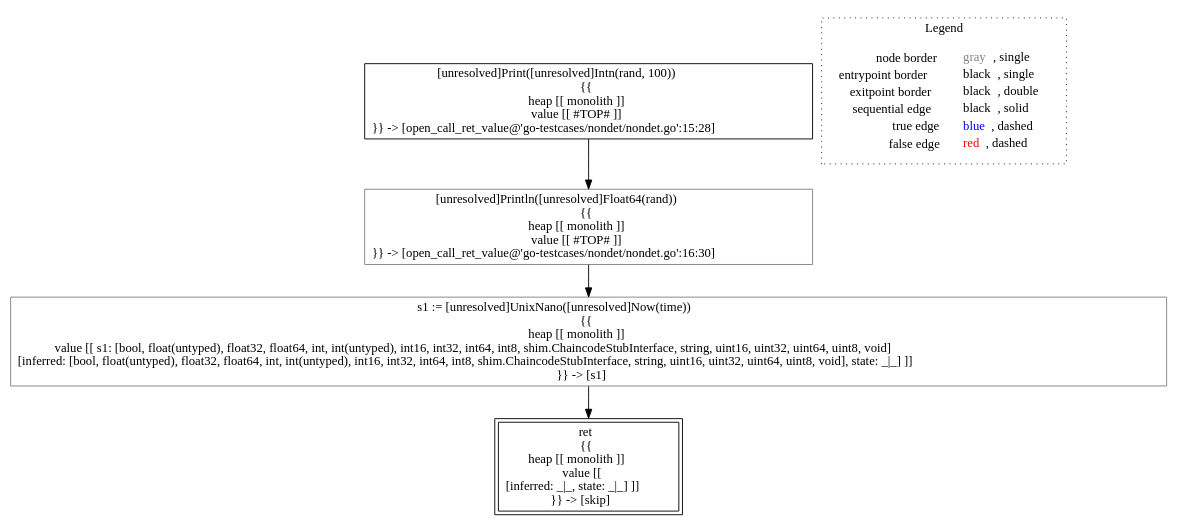
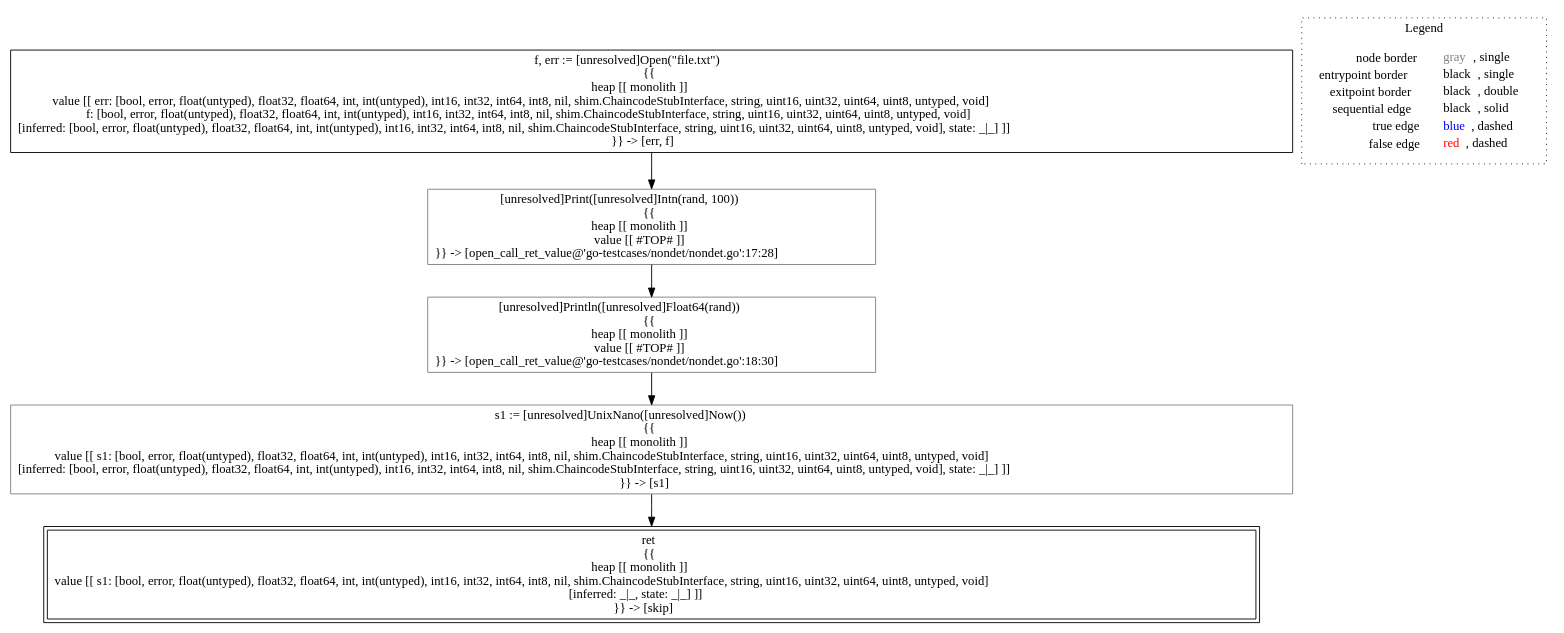
One commit to lisa-analyzer/go-lisa changed the diagram in go-lisa/go-testcases/nondet/typing___untyped_~LiSAProgram.main().dot. Above: the diagram before and after it, drawn with Graphviz. The commit also changed 3 other files, not shown here.

```diff
--- a/go-lisa/go-testcases/nondet/typing___untyped_~LiSAProgram.main().dot
+++ b/go-lisa/go-testcases/nondet/typing___untyped_~LiSAProgram.main().dot
@@ -1,16 +1,18 @@
 digraph {
-	"node0" [shape="rect",color="black",label=<[unresolved]Print([unresolved]Intn(rand, 100))<BR/>{{<BR/>heap [[ monolith ]]<BR/>value [[ #TOP# ]]<BR/>}} -&gt; [open_call_ret_value@'go-testcases/nondet/nondet.go':15:28]>];
-	"node1" [shape="rect",color="gray",label=<[unresolved]Println([unresolved]Float64(rand))<BR/>{{<BR/>heap [[ monolith ]]<BR/>value [[ #TOP# ]]<BR/>}} -&gt; [open_call_ret_value@'go-testcases/nondet/nondet.go':16:30]>];
-	"node2" [shape="rect",color="black",peripheries="2",label=<ret<BR/>{{<BR/>heap [[ monolith ]]<BR/>value [[ <BR/>[inferred: _|_, state: _|_] ]]<BR/>}} -&gt; [skip]>];
-	"node3" [shape="rect",color="gray",label=<s1 := [unresolved]UnixNano([unresolved]Now(time))<BR/>{{<BR/>heap [[ monolith ]]<BR/>value [[ s1: [bool, float(untyped), float32, float64, int, int(untyped), int16, int32, int64, int8, shim.ChaincodeStubInterface, string, uint16, uint32, uint64, uint8, void]<BR/>[inferred: [bool, float(untyped), float32, float64, int, int(untyped), int16, int32, int64, int8, shim.ChaincodeStubInterface, string, uint16, uint32, uint64, uint8, void], state: _|_] ]]<BR/>}} -&gt; [s1]>];
-	"node1" -> "node3" [color="black"];
-	"node0" -> "node1" [color="black"];
-	"node3" -> "node2" [color="black"];
+	"node0" [shape="rect",color="black",label=<f, err := [unresolved]Open(&quot;file.txt&quot;)<BR/>{{<BR/>heap [[ monolith ]]<BR/>value [[ err: [bool, error, float(untyped), float32, float64, int, int(untyped), int16, int32, int64, int8, nil, shim.ChaincodeStubInterface, string, uint16, uint32, uint64, uint8, untyped, void]<BR/>f: [bool, error, float(untyped), float32, float64, int, int(untyped), int16, int32, int64, int8, nil, shim.ChaincodeStubInterface, string, uint16, uint32, uint64, uint8, untyped, void]<BR/>[inferred: [bool, error, float(untyped), float32, float64, int, int(untyped), int16, int32, int64, int8, nil, shim.ChaincodeStubInterface, string, uint16, uint32, uint64, uint8, untyped, void], state: _|_] ]]<BR/>}} -&gt; [err, f]>];
+	"node1" [shape="rect",color="black",peripheries="2",label=<ret<BR/>{{<BR/>heap [[ monolith ]]<BR/>value [[ s1: [bool, error, float(untyped), float32, float64, int, int(untyped), int16, int32, int64, int8, nil, shim.ChaincodeStubInterface, string, uint16, uint32, uint64, uint8, untyped, void]<BR/>[inferred: _|_, state: _|_] ]]<BR/>}} -&gt; [skip]>];
+	"node2" [shape="rect",color="gray",label=<[unresolved]Print([unresolved]Intn(rand, 100))<BR/>{{<BR/>heap [[ monolith ]]<BR/>value [[ #TOP# ]]<BR/>}} -&gt; [open_call_ret_value@'go-testcases/nondet/nondet.go':17:28]>];
+	"node3" [shape="rect",color="gray",label=<[unresolved]Println([unresolved]Float64(rand))<BR/>{{<BR/>heap [[ monolith ]]<BR/>value [[ #TOP# ]]<BR/>}} -&gt; [open_call_ret_value@'go-testcases/nondet/nondet.go':18:30]>];
+	"node4" [shape="rect",color="gray",label=<s1 := [unresolved]UnixNano([unresolved]Now())<BR/>{{<BR/>heap [[ monolith ]]<BR/>value [[ s1: [bool, error, float(untyped), float32, float64, int, int(untyped), int16, int32, int64, int8, nil, shim.ChaincodeStubInterface, string, uint16, uint32, uint64, uint8, untyped, void]<BR/>[inferred: [bool, error, float(untyped), float32, float64, int, int(untyped), int16, int32, int64, int8, nil, shim.ChaincodeStubInterface, string, uint16, uint32, uint64, uint8, untyped, void], state: _|_] ]]<BR/>}} -&gt; [s1]>];
+	"node0" -> "node2" [color="black"];
+	"node2" -> "node3" [color="black"];
+	"node3" -> "node4" [color="black"];
+	"node4" -> "node1" [color="black"];
 subgraph cluster_legend {
 	label="Legend";
 	style=dotted;
 	node [shape=plaintext];
 	"legend" [label=<<table border="0" cellpadding="2" cellspacing="0" cellborder="0"><tr><td align="right">node border&nbsp;</td><td align="left"><font color="gray">gray</font>, single</td></tr><tr><td align="right">entrypoint border&nbsp;</td><td align="left"><font color="black">black</font>, single</td></tr><tr><td align="right">exitpoint border&nbsp;</td><td align="left"><font color="black">black</font>, double</td></tr><tr><td align="right">sequential edge&nbsp;</td><td align="left"><font color="black">black</font>, solid</td></tr><tr><td align="right">true edge&nbsp;</td><td align="left"><font color="blue">blue</font>, dashed</td></tr><tr><td align="right">false edge&nbsp;</td><td align="left"><font color="red">red</font>, dashed</td></tr></table>>];
 }
 
 }
```
